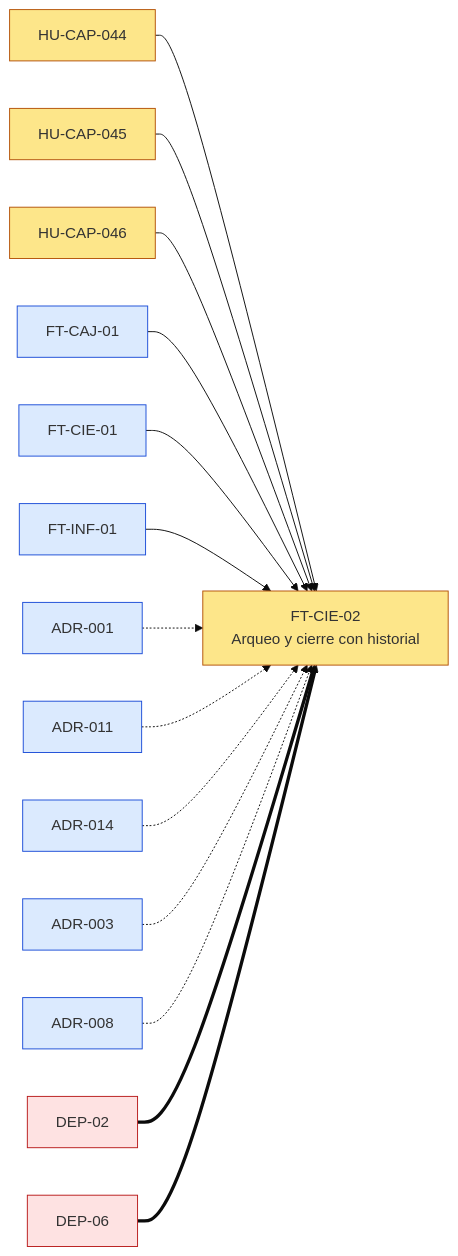
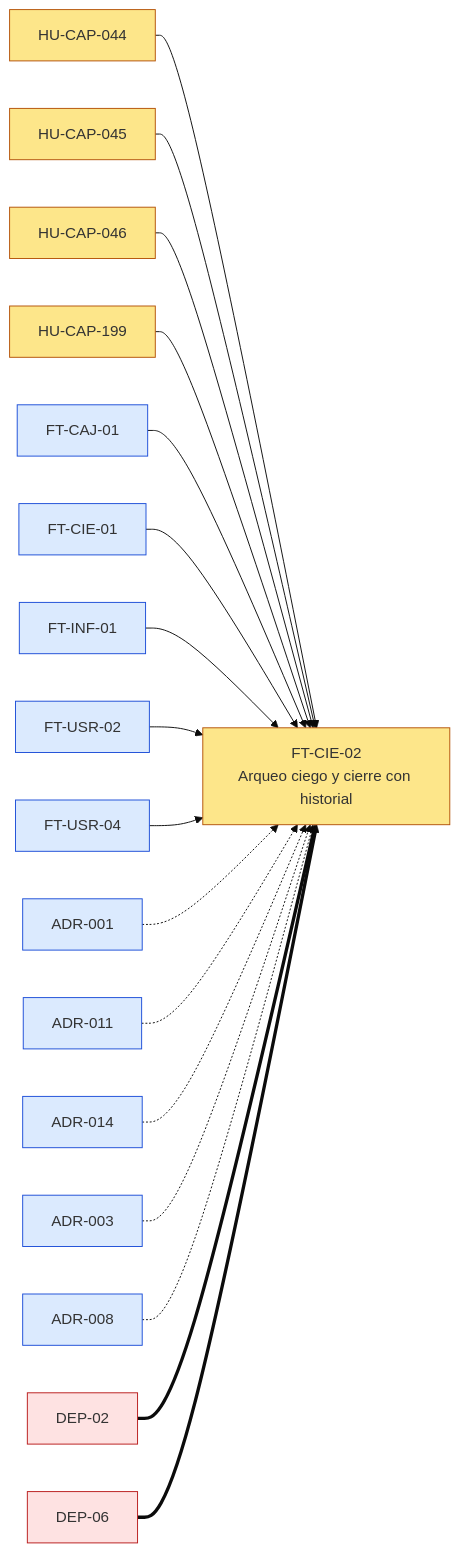
The first of 5 diagrams in docs/dor/DOR-FT-CIE-02-arqueo-y-cierre-con-historial.md (JoseEM26/caprichos), drawn with Mermaid (base theme) before and after one commit. The commit also changed other lines of this file and 208 other files, not shown here.

````diff
--- a/docs/dor/DOR-FT-CIE-02-arqueo-y-cierre-con-historial.md
+++ b/docs/dor/DOR-FT-CIE-02-arqueo-y-cierre-con-historial.md
@@ -51,20 +51,23 @@
 ```mermaid
 flowchart LR
   classDef evaluado fill:#fde68a,stroke:#b45309
   classDef interna fill:#dbeafe,stroke:#1d4ed8
   classDef externa fill:#fee2e2,stroke:#b91c1c
-  FT_CIE_02["FT-CIE-02<br>Arqueo y cierre con historial"]:::evaluado
+  FT_CIE_02["FT-CIE-02<br>Arqueo ciego y cierre con historial"]:::evaluado
   HU_CAP_044["HU-CAP-044"]:::evaluado --> FT_CIE_02
   HU_CAP_045["HU-CAP-045"]:::evaluado --> FT_CIE_02
   HU_CAP_046["HU-CAP-046"]:::evaluado --> FT_CIE_02
+  HU_CAP_199["HU-CAP-199"]:::evaluado --> FT_CIE_02
   FT_CAJ_01["FT-CAJ-01"]:::interna --> FT_CIE_02
   FT_CIE_01["FT-CIE-01"]:::interna --> FT_CIE_02
   FT_INF_01["FT-INF-01"]:::interna --> FT_CIE_02
+  FT_USR_02["FT-USR-02"]:::interna --> FT_CIE_02
+  FT_USR_04["FT-USR-04"]:::interna --> FT_CIE_02
   ADR_001["ADR-001"]:::interna -.-> FT_CIE_02
   ADR_011["ADR-011"]:::interna -.-> FT_CIE_02
   ADR_014["ADR-014"]:::interna -.-> FT_CIE_02
   ADR_003["ADR-003"]:::interna -.-> FT_CIE_02
   ADR_008["ADR-008"]:::interna -.-> FT_CIE_02
   DEP_02["DEP-02"]:::externa ==> FT_CIE_02
   DEP_06["DEP-06"]:::externa ==> FT_CIE_02
 ```
````
